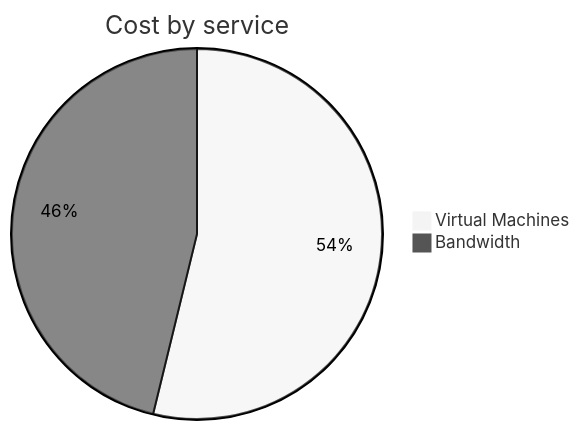
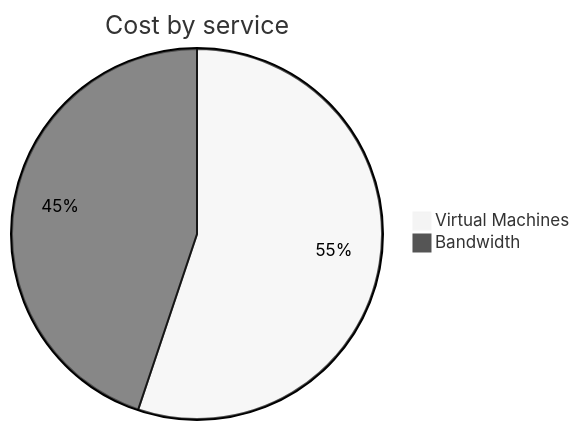
One commit to jpfulton/azure-personal-reports changed the second of 4 diagrams in cost-reports/personal-network/vpn-server.md. Above: the diagram before and after it, drawn with Mermaid (neutral theme). The commit also changed other lines of this file and 8 other files, not shown here.

````diff
--- a/cost-reports/personal-network/vpn-server.md
+++ b/cost-reports/personal-network/vpn-server.md
@@ -96,6 +96,6 @@
 ```mermaid
 pie
    title Cost by service
-   "Virtual Machines" : 3.25
+   "Virtual Machines" : 3.43
    "Bandwidth" : 2.79
 ```
````
